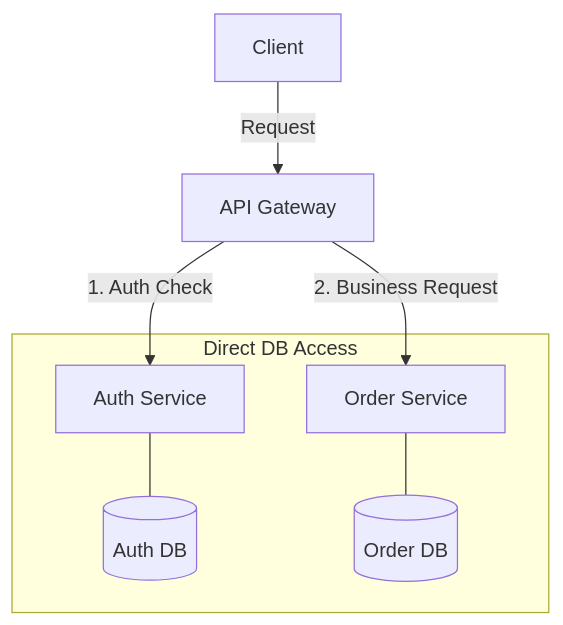
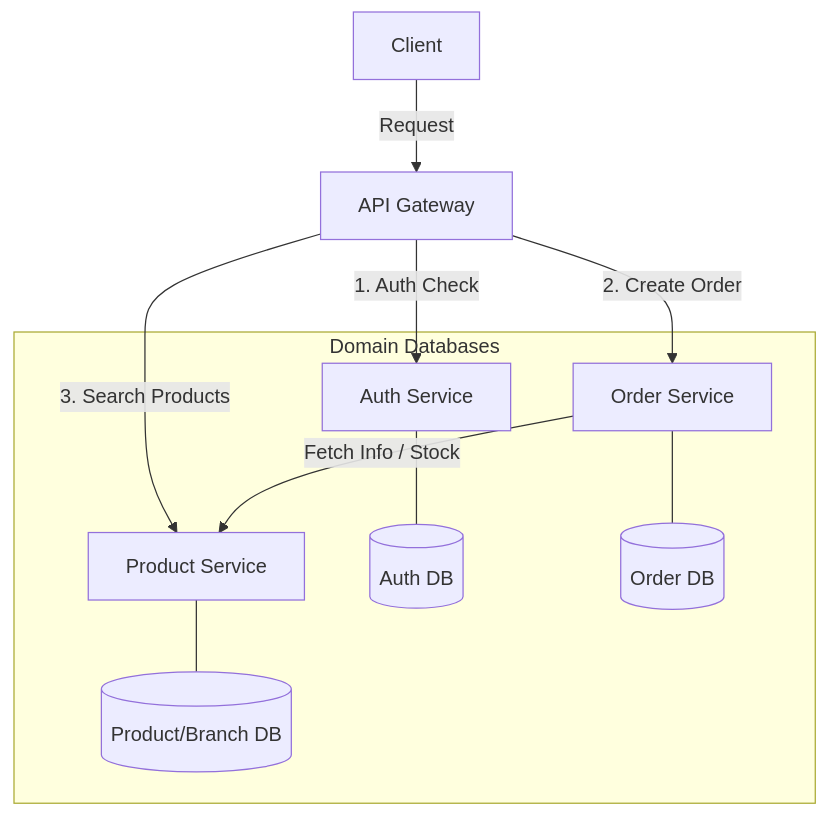
The first of 2 diagrams in README.md (kimjeongyoul/enterprise-spring-msa-reference), drawn with Mermaid before and after one commit. The commit also changed other lines of this file and 11 other files, not shown here.

Commit message:
feat(order): implement service-to-service communication with product-service using OpenFeign

````diff
--- a/README.md
+++ b/README.md
@@ -18,11 +18,15 @@
 ```mermaid
 graph TD
     Client[Client] -->|Request| Gateway[API Gateway]
     Gateway -->|1. Auth Check| Auth[Auth Service]
-    Gateway -->|2. Business Request| Order[Order Service]
+    Gateway -->|2. Create Order| Order[Order Service]
+    Gateway -->|3. Search Products| Product[Product Service]
     
-    subgraph "Direct DB Access"
+    Order -->|Fetch Info / Stock| Product
+    
+    subgraph "Domain Databases"
         Auth --- AuthDB[(Auth DB)]
         Order --- OrderDB[(Order DB)]
+        Product --- ProductDB[(Product/Branch DB)]
     end
 ```
````
